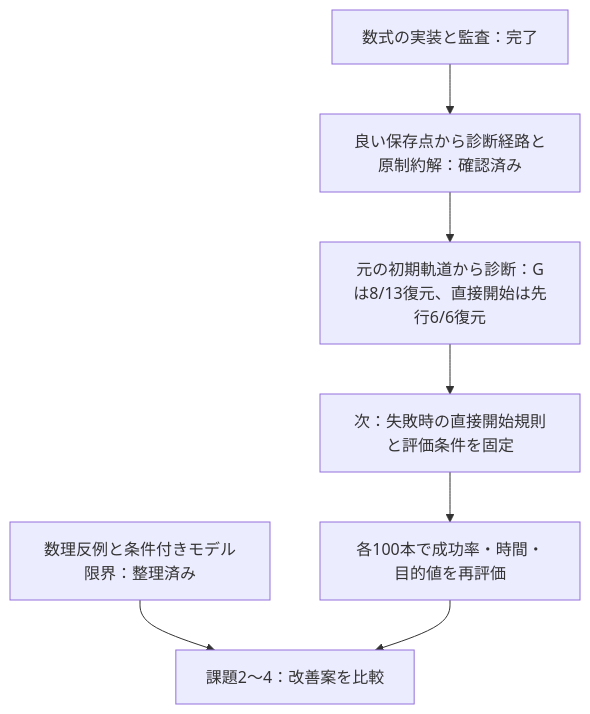
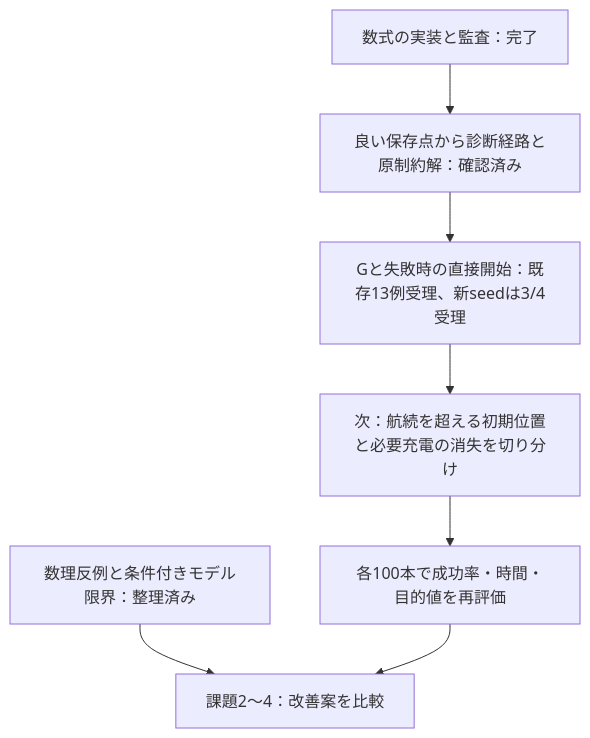
One commit to mordent-27/uav changed the diagram in ROADMAP.md. Above: the diagram before and after it, drawn with Mermaid. The commit also changed other lines of this file and 1 other file, not shown here.

Commit message:
docs[roadmap]: 新入力の失敗と初期位置修復の検証順を反映

````diff
--- a/ROADMAP.md
+++ b/ROADMAP.md
@@ -132,9 +142,9 @@
 ```mermaid
 flowchart TD
   A[数式の実装と監査：完了] --> B[良い保存点から診断経路と原制約解：確認済み]
-  B --> C[元の初期軌道から診断：Gは8/13復元、直接開始は先行6/6復元]
-  C --> D[次：失敗時の直接開始規則と評価条件を固定]
+  B --> C[Gと失敗時の直接開始：既存13例受理、新seedは3/4受理]
+  C --> D[次：航続を超える初期位置と必要充電の消失を切り分け]
   D --> E[各100本で成功率・時間・目的値を再評価]
   T[数理反例と条件付きモデル限界：整理済み] --> U[課題2〜4：改善案を比較]
   E --> U
 ```
````
